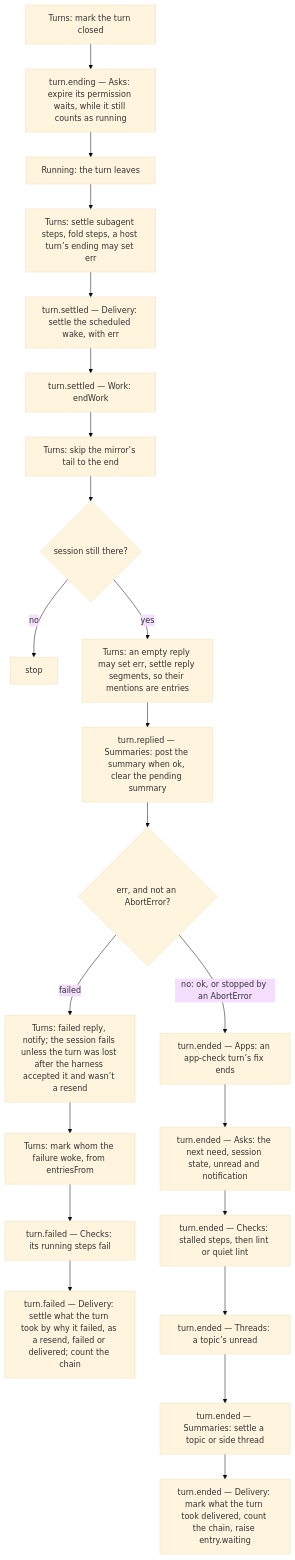
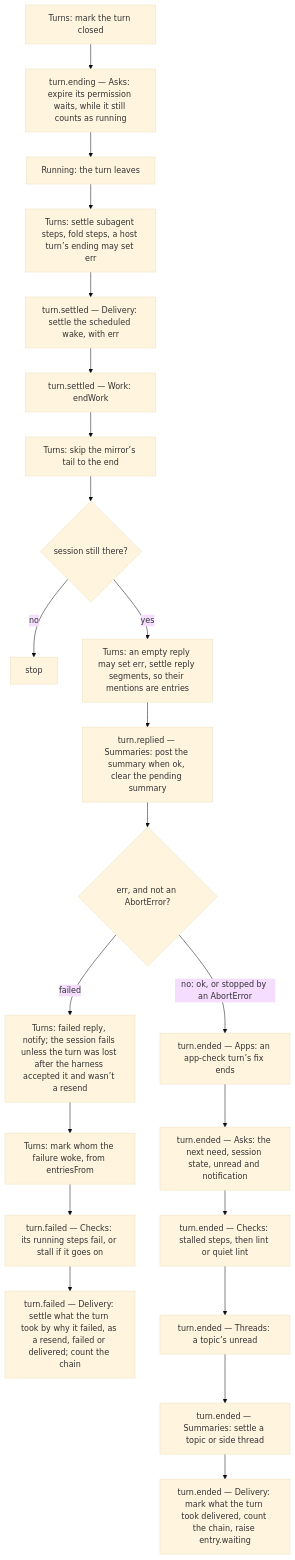
The fourth of 5 diagrams in designs/architecture/services.md (HJeon139/postbox), drawn with Mermaid (base theme) before and after one commit. The commit also changed other lines of this file and 6 other files, not shown here.

First line of the commit message:
fix(checks): only a turn that really failed fails its steps, and a failed step keeps its time

````diff
--- a/designs/architecture/services.md
+++ b/designs/architecture/services.md
@@ -428,24 +428,24 @@
 ```mermaid
 flowchart TD
   A[Turns: mark the turn closed] --> B[turn.ending — Asks: expire its permission waits, while it still counts as running]
   B --> C[Running: the turn leaves]
   C --> D[Turns: settle subagent steps, fold steps, a host turn’s ending may set err]
   D --> E[turn.settled — Delivery: settle the scheduled wake, with err]
   E --> F[turn.settled — Work: endWork]
   F --> G0[Turns: skip the mirror’s tail to the end]
   G0 --> S{session still there?}
   S -->|no| Z[stop]
   S -->|yes| G[Turns: an empty reply may set err, settle reply segments, so their mentions are entries]
   G --> H[turn.replied — Summaries: post the summary when ok, clear the pending summary]
   H --> I{err, and not an AbortError?}
   I -->|failed| K[Turns: failed reply, notify; the session fails unless the turn was lost after the harness accepted it and wasn’t a resend]
   K --> L2[Turns: mark whom the failure woke, from entriesFrom]
-  L2 --> J[turn.failed — Checks: its running steps fail]
+  L2 --> J[turn.failed — Checks: its running steps fail, or stall if it goes on]
   J --> L4[turn.failed — Delivery: settle what the turn took by why it failed, as a resend, failed or delivered; count the chain]
   I -->|no: ok, or stopped by an AbortError| M[turn.ended — Apps: an app-check turn’s fix ends]
   M --> N[turn.ended — Asks: the next need, session state, unread and notification]
   N --> O[turn.ended — Checks: stalled steps, then lint or quiet lint]
   O --> P[turn.ended — Threads: a topic’s unread]
   P --> Q[turn.ended — Summaries: settle a topic or side thread]
   Q --> R[turn.ended — Delivery: mark what the turn took delivered, count the chain, raise entry.waiting]
 ```
````
